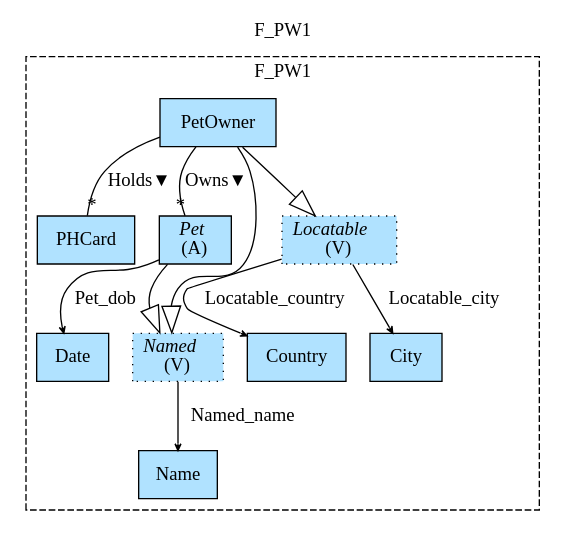
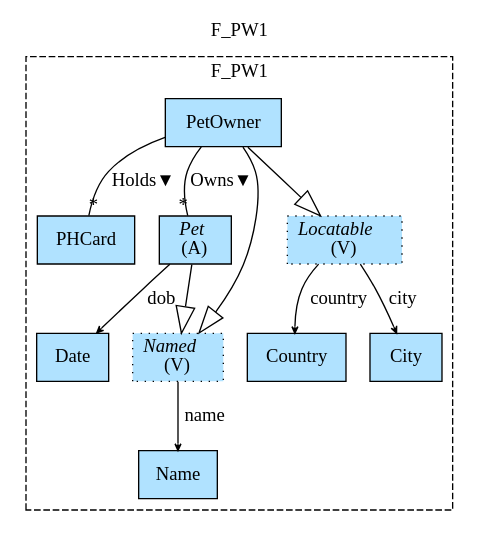
Before and after one commit to namalio/Fragmenta: the diagram in Haskell/FragmentaTests/PetsWorld/img/F_PW1.gv, drawn with Graphviz. The commit also changed 25 other files, not shown here.

```diff
--- a/Haskell/FragmentaTests/PetsWorld/img/F_PW1.gv
+++ b/Haskell/FragmentaTests/PetsWorld/img/F_PW1.gv
@@ -1,24 +1,24 @@
 digraph {graph[label=F_PW1,labelloc=tl,labelfontsize=12];
 subgraph cluster_F_PW1{style=dashed;label=F_PW1;
 "Name"[shape=record,fillcolor=lightskyblue1,style = filled,label="Name"];
 "Country"[shape=record,fillcolor=lightskyblue1,style = filled,label="Country"];
 "City"[shape=record,fillcolor=lightskyblue1,style = filled,label="City"];
 "Date"[shape=record,fillcolor=lightskyblue1,style = filled,label="Date"];
 "PHCard"[shape=record,fillcolor=lightskyblue1,style = filled,label="PHCard"];
 "Pet"[shape=record,fillcolor=lightskyblue1,style = filled,label=<{<I>Pet</I><br/>(A)}>];
 "Named"[shape=record,fillcolor=lightskyblue1,style ="filled,dotted",label=<{<I>Named</I><br/>(V)}>];
 "PetOwner"[shape=record,fillcolor=lightskyblue1,style = filled,label="PetOwner"];
 "Locatable"[shape=record,fillcolor=lightskyblue1,style ="filled,dotted",label=<{<I>Locatable</I><br/>(V)}>];
 
-"Named"->"Name"[label="Named_name",arrowhead=vee,headlabel="",arrowsize=.5];
-"Locatable"->"Country"[label="Locatable_country",arrowhead=vee,headlabel="",arrowsize=.5];
-"Locatable"->"City"[label="Locatable_city",arrowhead=vee,headlabel="",arrowsize=.5];
-"Pet"->"Date"[label="Pet_dob",arrowhead=vee,headlabel="",arrowsize=.5];
+"Named"->"Name"[label="name",arrowhead=vee,headlabel="",arrowsize=.5];
+"Locatable"->"Country"[label="country",arrowhead=vee,headlabel="",arrowsize=.5];
+"Locatable"->"City"[label="city",arrowhead=vee,headlabel="",arrowsize=.5];
+"Pet"->"Date"[label="dob",arrowhead=vee,headlabel="",arrowsize=.5];
 "PetOwner"->"Pet"[label="Owns▼",dir=none,taillabel="",headlabel="*"];
 "PetOwner"->"PHCard"[label="Holds▼",dir=none,taillabel="",headlabel="*"];
 "Pet"->"Named"[arrowhead=onormal,arrowsize=2.0];
 "PetOwner"->"Named"[arrowhead=onormal,arrowsize=2.0];
 "PetOwner"->"Locatable"[arrowhead=onormal,arrowsize=2.0];
 
 }
 }
```
